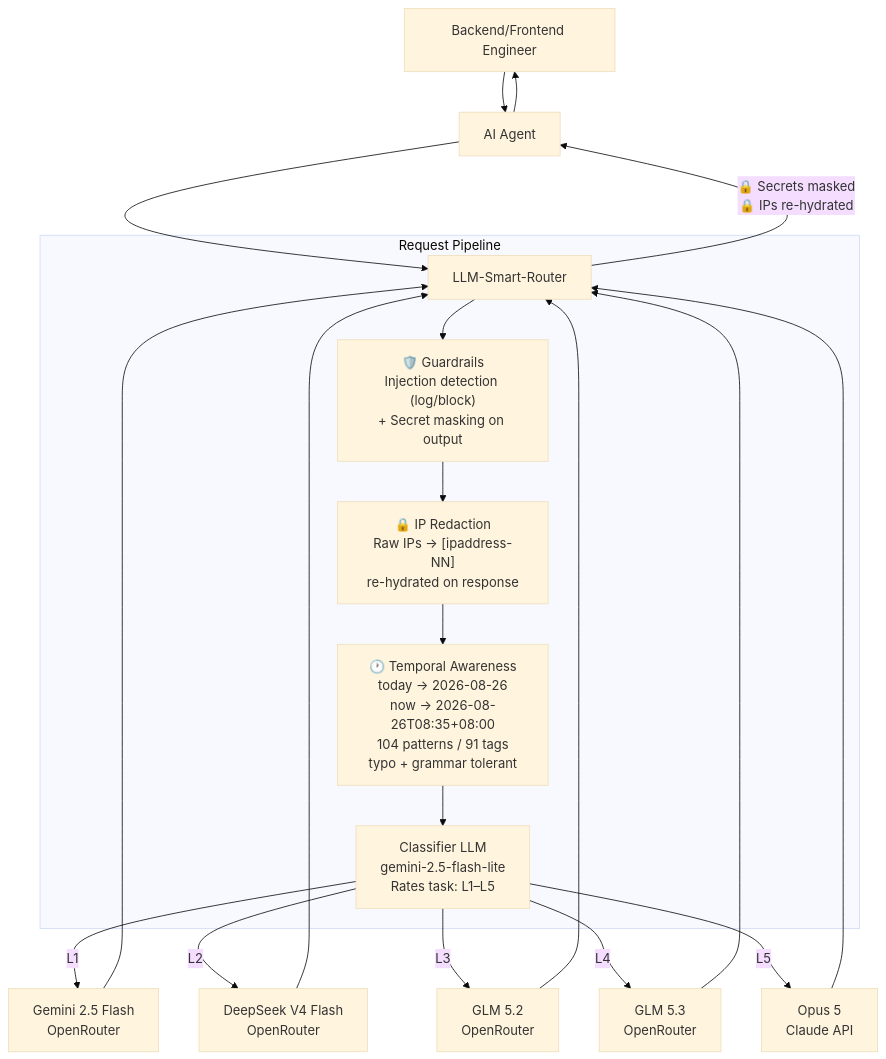
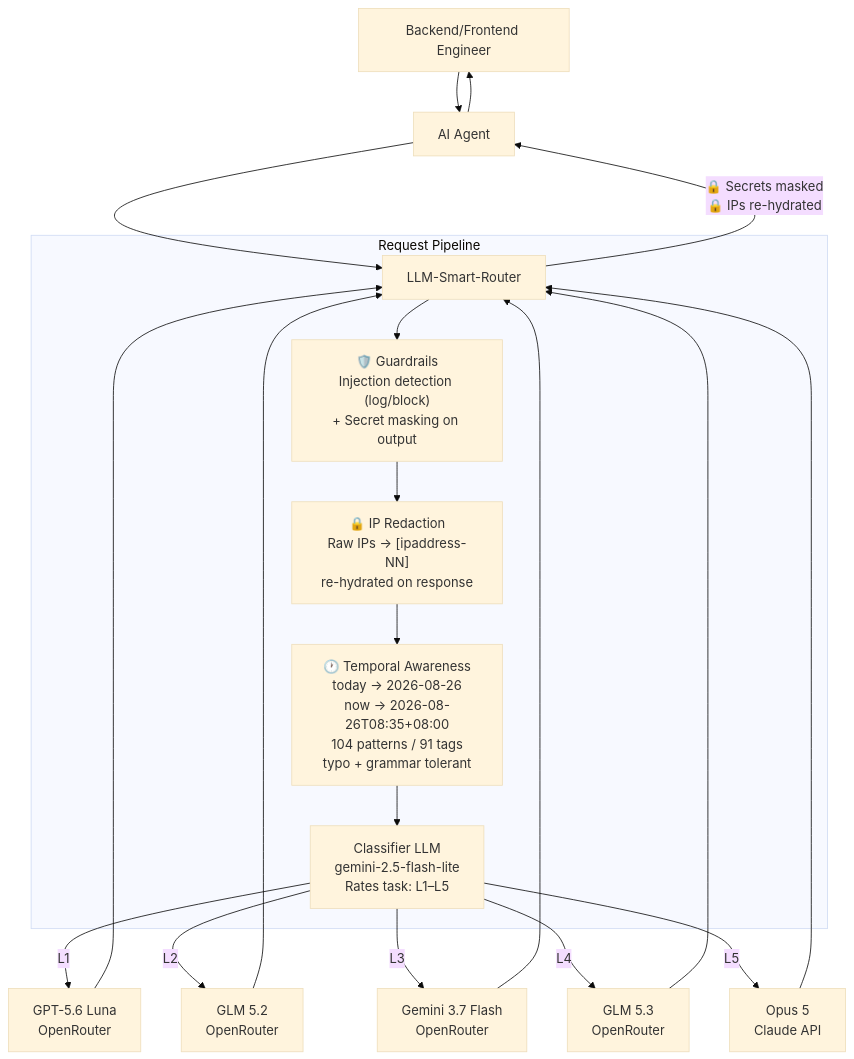
One commit to Green-Needle-Tech/llm-smart-router changed the diagram in README.md. Above: the diagram before and after it, drawn with Mermaid (base theme). The commit also changed other lines of this file and 3 other files, not shown here.

First line of the commit message:
chore(routing): update L1-L5 tier models and Mermaid diagrams

````diff
--- a/README.md
+++ b/README.md
@@ -319,27 +319,27 @@
 ```mermaid
 flowchart TD
     A[Backend/Frontend Engineer] --> B[AI Agent]
     B --> C[LLM-Smart-Router]
 
     subgraph Router [Request Pipeline]
         C --> P1["🛡️ Guardrails<br/>Injection detection (log/block)<br/>+ Secret masking on output"]
         P1 --> P2["🔒 IP Redaction<br/>Raw IPs → [ipaddress-NN]<br/>re-hydrated on response"]
         P2 --> P2T["🕐 Temporal Awareness<br/>today → 2026-08-26<br/>now → 2026-08-26T08:35+08:00<br/>104 patterns / 91 tags<br/>typo + grammar tolerant"]
         P2T --> D["Classifier LLM<br/>gemini-2.5-flash-lite<br/>Rates task: L1–L5"]
     end
 
-    D -->|L1| E[Gemini 2.5 Flash<br/>OpenRouter]
-    D -->|L2| F[DeepSeek V4 Flash<br/>OpenRouter]
-    D -->|L3| F2[GLM 5.2<br/>OpenRouter]
+    D -->|L1| E[GPT-5.6 Luna<br/>OpenRouter]
+    D -->|L2| F[GLM 5.2<br/>OpenRouter]
+    D -->|L3| F2[Gemini 3.7 Flash<br/>OpenRouter]
     D -->|L4| F3[GLM 5.3<br/>OpenRouter]
     D -->|L5| H[Opus 5<br/>Claude API]
 
     E --> C
     F --> C
     F2 --> C
     F3 --> C
     H --> C
 
     C -->|"🔒 Secrets masked<br/>🔒 IPs re-hydrated"| B
     B --> A
 ```
````
